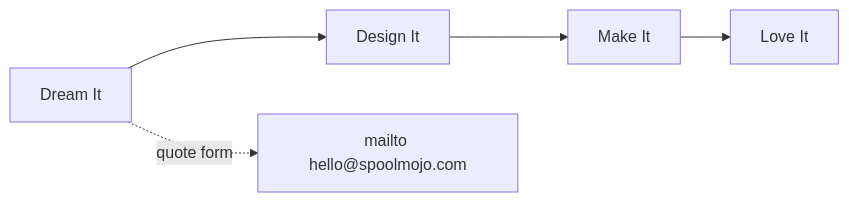
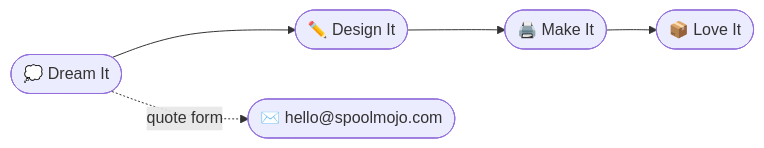
The diagram in README.md (kavyasoni/spoolmojo), drawn with Mermaid before and after one commit. The commit also changed other lines of this file and 3 other files, not shown here.

````diff
--- a/README.md
+++ b/README.md
@@ -121,7 +54,5 @@
 ```mermaid
 flowchart LR
-  A[Dream It] --> B[Design It]
-  B --> C[Make It]
-  C --> D[Love It]
-  A -.->|quote form| E[mailto hello@spoolmojo.com]
+  A([💭 Dream It]) --> B([✏️ Design It]) --> C([🖨️ Make It]) --> D([📦 Love It])
+  A -.->|quote form| E([✉️ hello@spoolmojo.com])
 ```
````
